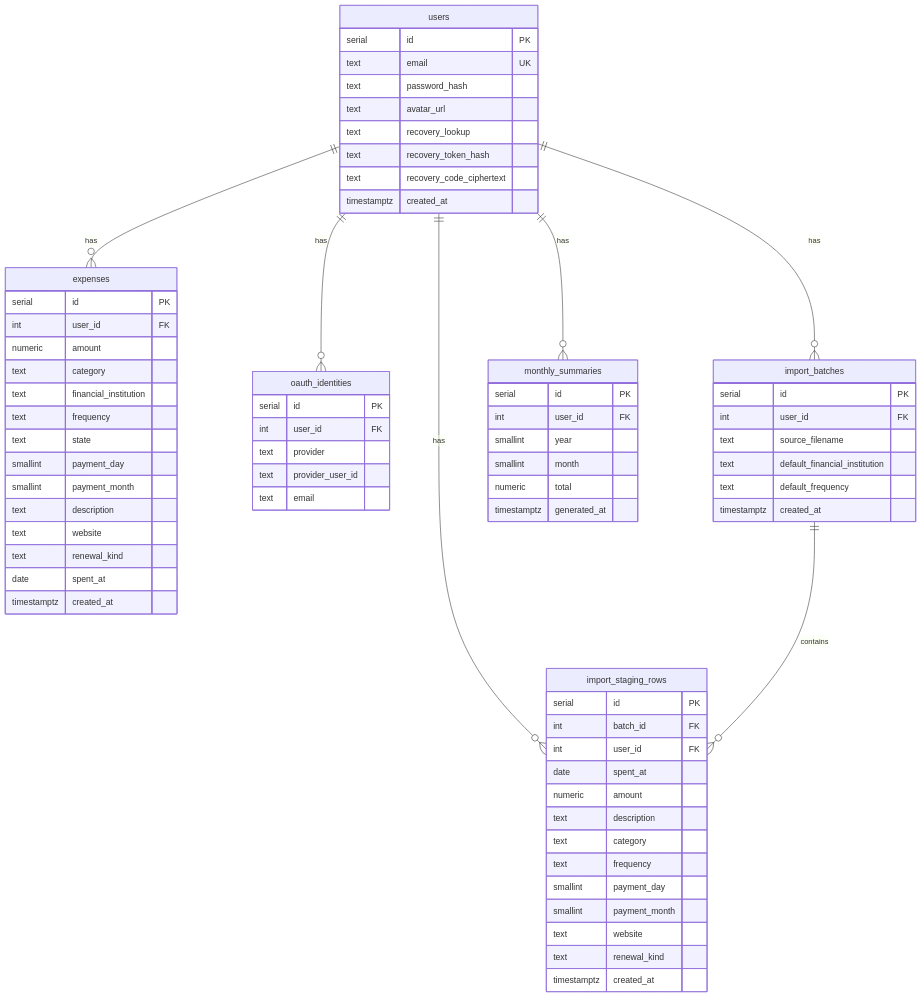
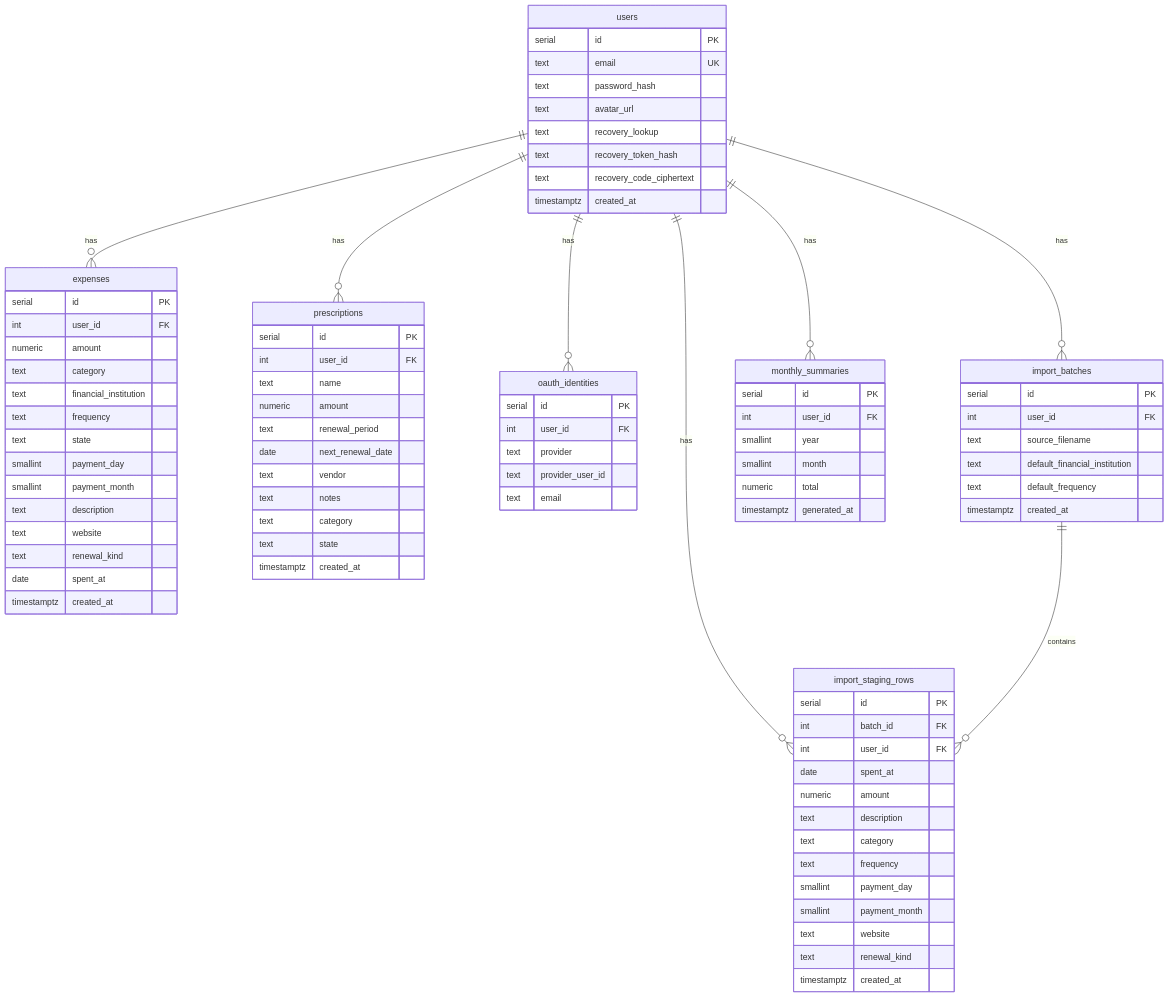
Diagram 12 of 17 in docs/ARCHITECTURE_DIAGRAM.md (becomeonewiththecode/expense_tracker), drawn with Mermaid before and after one commit. The commit also changed other lines of this file and 14 other files, not shown here.

First line of the commit message:
Add Prescriptions: CRUD, reminders, monthly renewal periods

````diff
--- a/docs/ARCHITECTURE_DIAGRAM.md
+++ b/docs/ARCHITECTURE_DIAGRAM.md
@@ -365,6 +400,7 @@
 ```mermaid
 erDiagram
   users ||--o{ expenses : has
+  users ||--o{ prescriptions : has
   users ||--o{ oauth_identities : has
   users ||--o{ import_batches : has
   users ||--o{ import_staging_rows : has
@@ -440,4 +476,18 @@
     numeric total
     timestamptz generated_at
   }
+
+  prescriptions {
+    serial id PK
+    int user_id FK
+    text name
+    numeric amount
+    text renewal_period
+    date next_renewal_date
+    text vendor
+    text notes
+    text category
+    text state
+    timestamptz created_at
+  }
 ```
````
